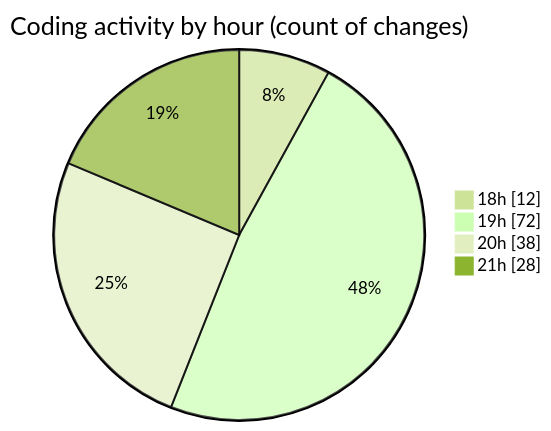
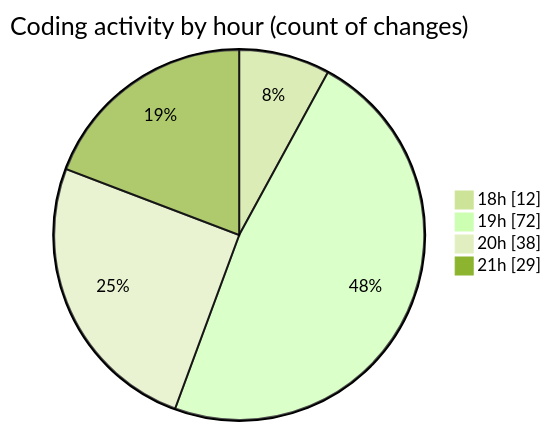
One commit to MatusMokan/code-tracking changed the second of 2 diagrams in 2025-03-14/myws__workspace_/README.md. Above: the diagram before and after it, drawn with Mermaid (forest theme). The commit also changed other lines of this file and 1 other file, not shown here.

````diff
--- a/2025-03-14/myws__workspace_/README.md
+++ b/2025-03-14/myws__workspace_/README.md
@@ -30,8 +30,8 @@
 ```mermaid
 pie showData
 title Coding activity by hour (count of changes)
 "18h" : 12
 "19h" : 72
 "20h" : 38
-"21h" : 28
+"21h" : 29
 ```
````
